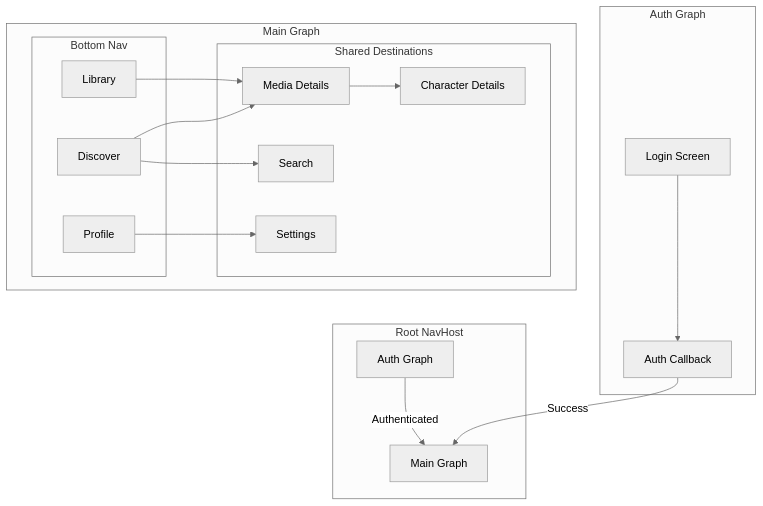
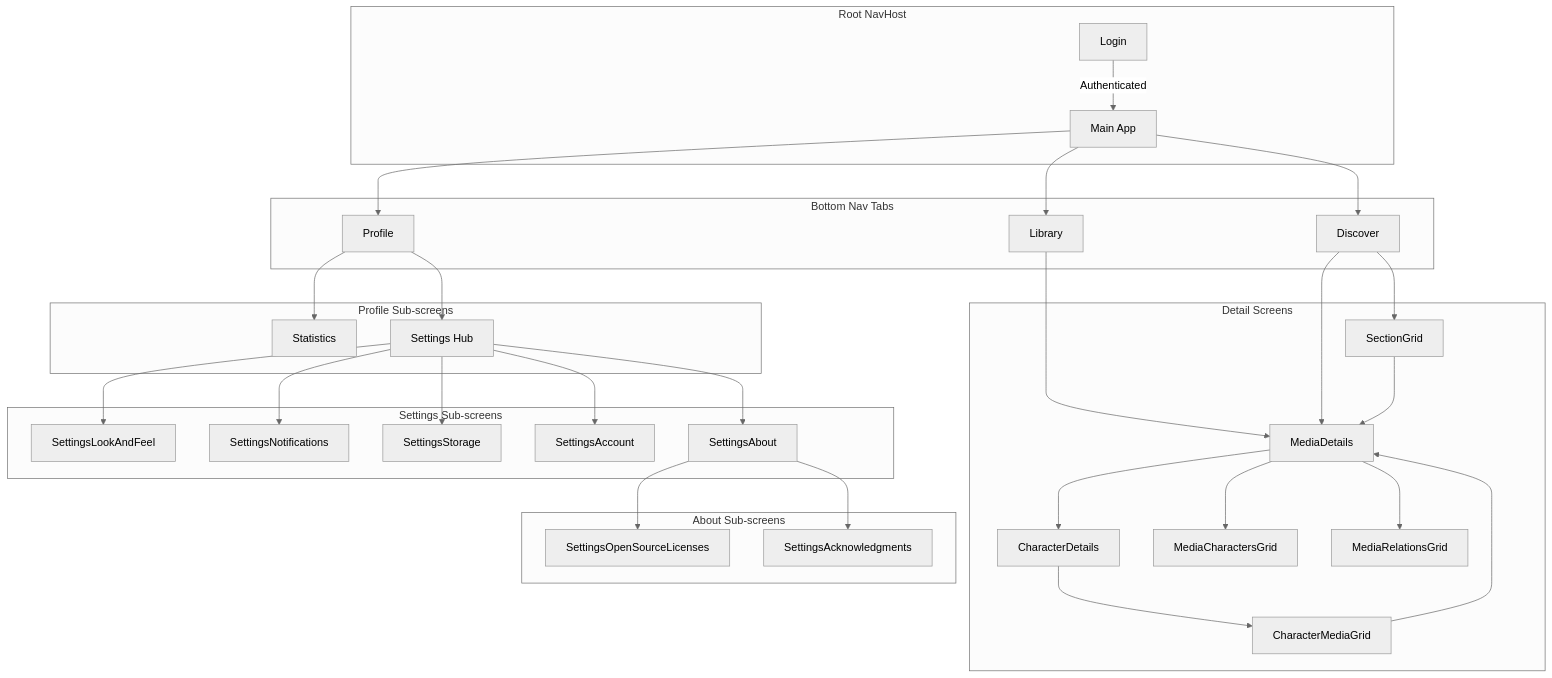
The first of 3 diagrams in docs/NAVIGATION.md (Marco-9456/AniSync), drawn with Mermaid (neutral theme) before and after one commit. The commit also changed other lines of this file and 6 other files, not shown here.

````diff
--- a/docs/NAVIGATION.md
+++ b/docs/NAVIGATION.md
@@ -33,38 +34,66 @@
 ```mermaid
 flowchart TB
     subgraph "Root NavHost"
-        AUTH[Auth Graph]
-        MAIN[Main Graph]
+        LOGIN[Login]
+        MAIN[Main App]
     end
 
-    subgraph "Auth Graph"
-        LOGIN[Login Screen]
-        CALLBACK[Auth Callback]
+    subgraph "Bottom Nav Tabs"
+        LIB[Library]
+        DISC[Discover]
+        PROF[Profile]
+    end
+    
+    subgraph "Detail Screens"
+        DETAILS[MediaDetails]
+        CHAR[CharacterDetails]
+        SECTION[SectionGrid]
+        MCHARS[MediaCharactersGrid]
+        MRELS[MediaRelationsGrid]
+        CMEDIA[CharacterMediaGrid]
     end
 
-    subgraph "Main Graph"
-        subgraph "Bottom Nav"
-            LIB[Library]
-            DISC[Discover]
-            PROF[Profile]
-        end
-        
-        subgraph "Shared Destinations"
-            DETAILS[Media Details]
-            CHAR[Character Details]
-            SEARCH[Search]
-            SETTINGS[Settings]
-        end
+    subgraph "Profile Sub-screens"
+        STATS[Statistics]
+        SETTINGS[Settings Hub]
     end
 
-    AUTH --> |Authenticated| MAIN
-    LOGIN --> CALLBACK
-    CALLBACK --> |Success| MAIN
+    subgraph "Settings Sub-screens"
+        LOOK[SettingsLookAndFeel]
+        NOTIF[SettingsNotifications]
+        STORAGE[SettingsStorage]
+        ACCOUNT[SettingsAccount]
+        ABOUT[SettingsAbout]
+    end
+
+    subgraph "About Sub-screens"
+        LICENSES[SettingsOpenSourceLicenses]
+        ACKS[SettingsAcknowledgments]
+    end
+
+    LOGIN --> |Authenticated| MAIN
+    MAIN --> LIB & DISC & PROF
     
     LIB --> DETAILS
     DISC --> DETAILS
+    DISC --> SECTION
+    SECTION --> DETAILS
+    
     DETAILS --> CHAR
+    DETAILS --> MCHARS
+    DETAILS --> MRELS
+    CHAR --> CMEDIA
+    CMEDIA --> DETAILS
+    
+    PROF --> STATS
     PROF --> SETTINGS
     
-    DISC --> SEARCH
+    SETTINGS --> LOOK
+    SETTINGS --> NOTIF
+    SETTINGS --> STORAGE
+    SETTINGS --> ACCOUNT
+    SETTINGS --> ABOUT
+    
+    ABOUT --> LICENSES
+    ABOUT --> ACKS
 ```
````
